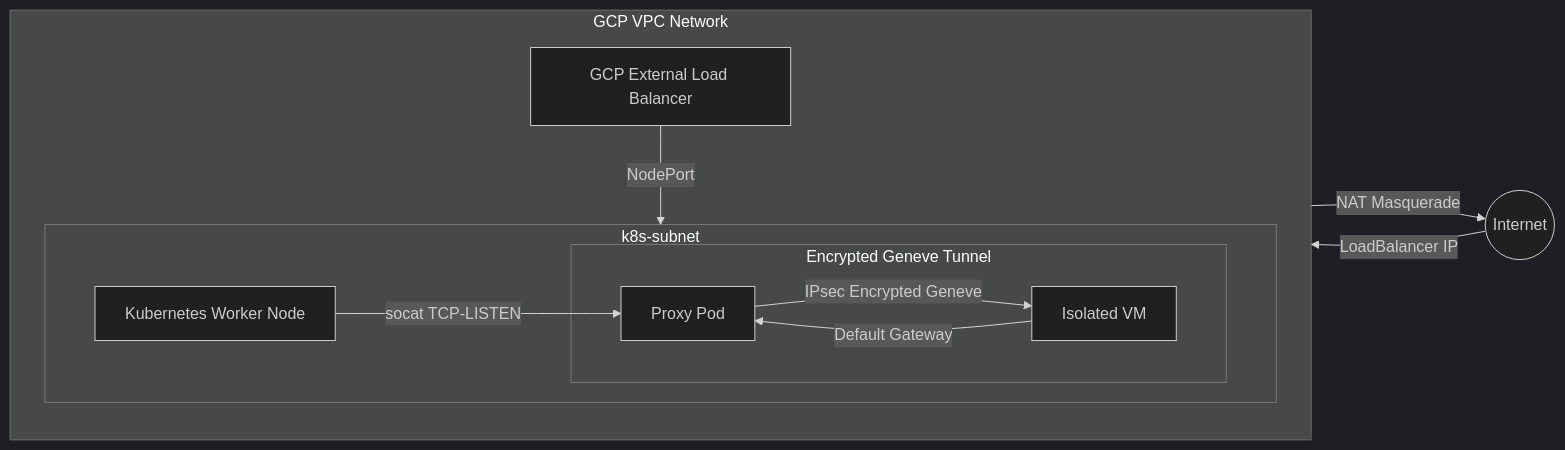
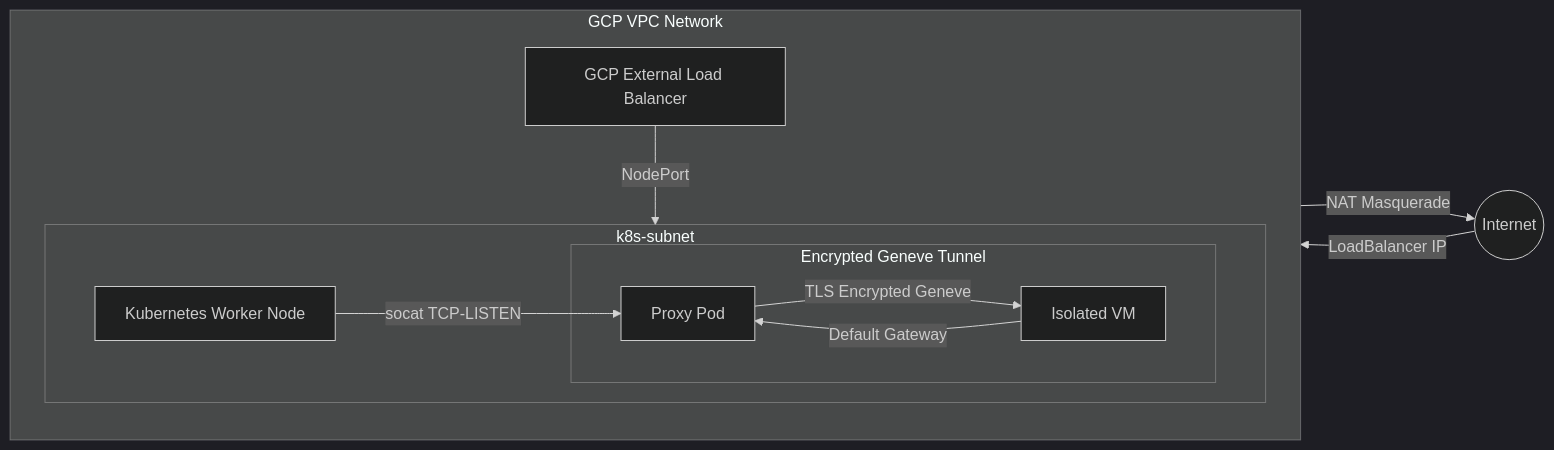
One commit to linde/gcp-k8s-isolated-vm changed the diagram in README.md. Above: the diagram before and after it, drawn with Mermaid (dark theme). The commit also changed other lines of this file and 8 other files, not shown here.

````diff
--- a/README.md
+++ b/README.md
@@ -27,27 +27,27 @@
 ```mermaid
 graph LR
     Internet((Internet))
 
     subgraph VPC [GCP VPC Network]
         direction TB
         GCP_LB[GCP External Load Balancer]
         subgraph Subnet [k8s-subnet]
             direction LR
             K8s_Node[Kubernetes Worker Node]
             subgraph Overlay [Encrypted Geneve Tunnel]
                 Proxy_Pod[Proxy Pod]
                 Proxied_VM[Isolated VM]
             end
         end
     end
 
     %% Inbound Traffic (Ingress)
     Internet -->|LoadBalancer IP| GCP_LB
     GCP_LB -->|NodePort| K8s_Node
     K8s_Node -->|socat TCP-LISTEN| Proxy_Pod
-    Proxy_Pod -->|IPsec Encrypted Geneve| Proxied_VM
+    Proxy_Pod -->|TLS Encrypted Geneve| Proxied_VM
 
     %% Outbound Traffic (Egress)
     Proxied_VM -->|Default Gateway| Proxy_Pod
     Proxy_Pod -->|NAT Masquerade| Internet
 ```
````
